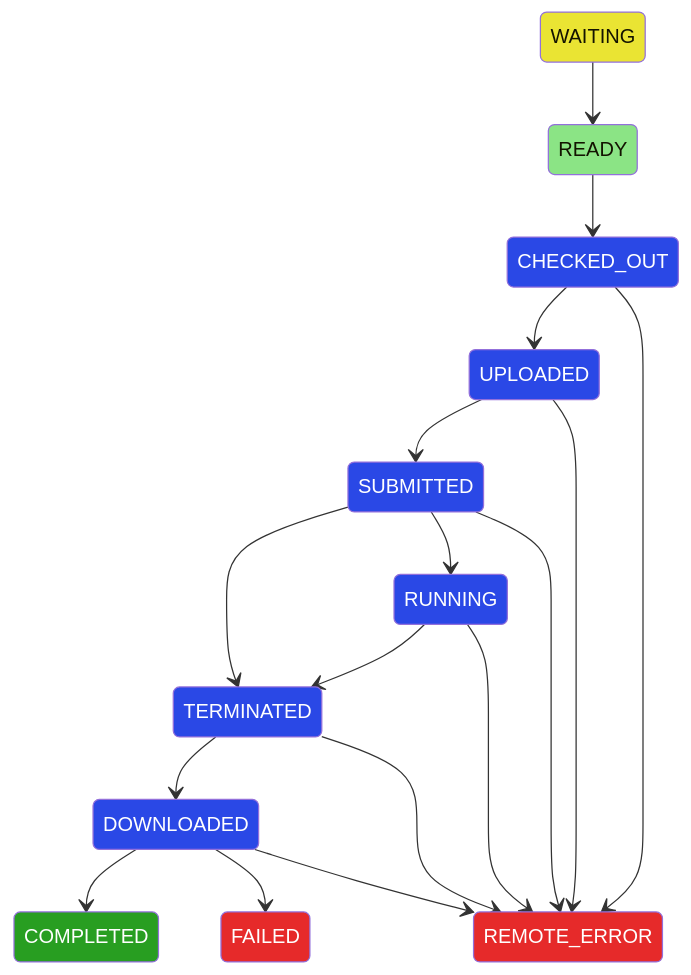
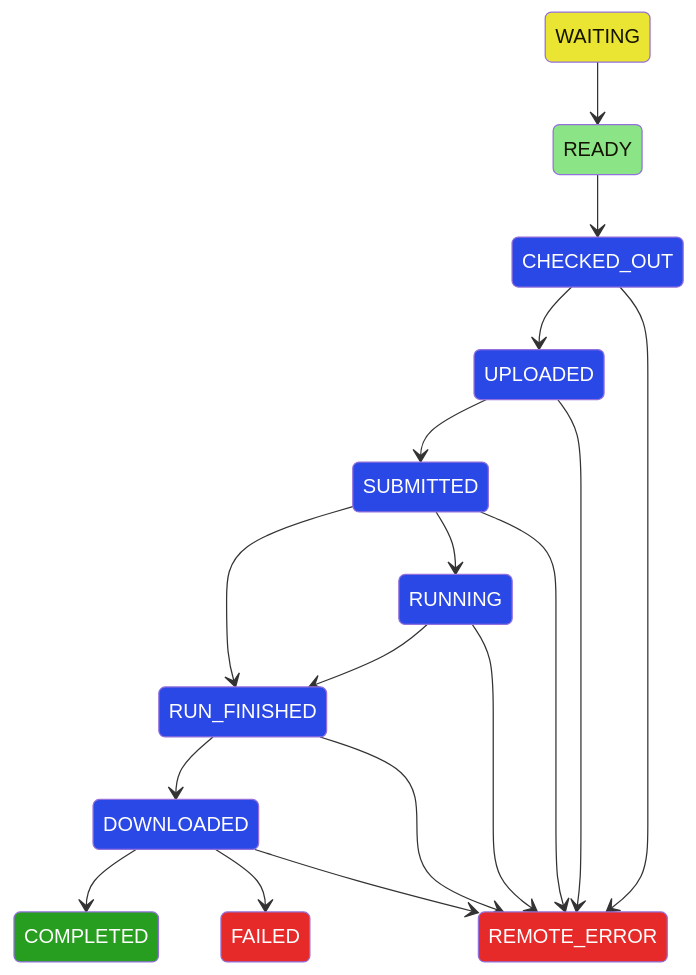
Before and after one commit to Matgenix/jobflow-remote: the diagram in doc/source/user/states.rst, drawn with Mermaid. The commit also changed other lines of this file and 14 other files, not shown here.

Commit message:
Changed TERMINATED state to RUN_FINISHED. Also modified all the relevant methods to follow the same naming convention. Also changed the batch directory for finished job runs to "run_finished" instead of "terminated". Updated documentation.

```diff
--- a/doc/source/user/states.rst
+++ b/doc/source/user/states.rst
@@ -148,34 +148,34 @@
 .. mermaid::
 
     stateDiagram-v2
         WAITING --> READY
         READY --> CHECKED_OUT
         CHECKED_OUT --> UPLOADED
         UPLOADED --> SUBMITTED
         SUBMITTED --> RUNNING
-        RUNNING --> TERMINATED
-        SUBMITTED --> TERMINATED
-        TERMINATED --> DOWNLOADED
+        RUNNING --> RUN_FINISHED
+        SUBMITTED --> RUN_FINISHED
+        RUN_FINISHED --> DOWNLOADED
         DOWNLOADED --> COMPLETED
         DOWNLOADED --> FAILED
 
         CHECKED_OUT --> REMOTE_ERROR
         UPLOADED --> REMOTE_ERROR
         SUBMITTED --> REMOTE_ERROR
         RUNNING --> REMOTE_ERROR
-        TERMINATED --> REMOTE_ERROR
+        RUN_FINISHED --> REMOTE_ERROR
         DOWNLOADED --> REMOTE_ERROR
 
 
 
         classDef error fill:#E62A2A,color:white
         classDef running fill:#2a48e6,color:white
         classDef success fill:#289e21,color:white
         classDef ready fill:#8be485
         classDef wait fill:#eae433
 
         class REMOTE_ERROR,FAILED error
-        class CHECKED_OUT,UPLOADED,SUBMITTED,RUNNING,TERMINATED,DOWNLOADED running
+        class CHECKED_OUT,UPLOADED,SUBMITTED,RUNNING,RUN_FINISHED,DOWNLOADED running
         class COMPLETED success
         class READY ready
         class WAITING wait
```
